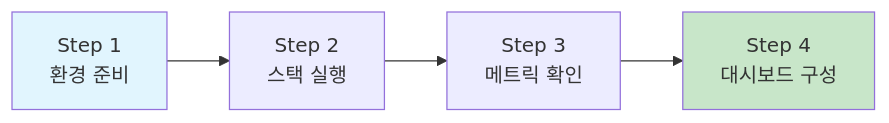
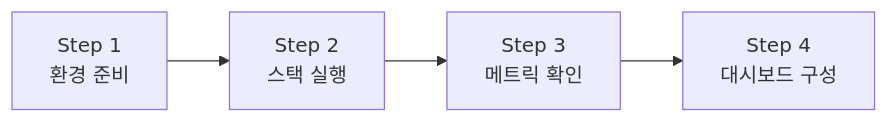
One commit to advanced-beginner/advanced-beginner.github.io changed the diagram in content/ko/docs/observability/quick-start/_index.md. Above: the diagram before and after it, drawn with Mermaid. The commit also changed 6 other files, not shown here.

First line of the commit message:
fix: Mermaid 색상 스타일(fill/stroke) 29개 제거

````diff
--- a/content/ko/docs/observability/quick-start/_index.md
+++ b/content/ko/docs/observability/quick-start/_index.md
@@ -27,9 +27,6 @@
 ```mermaid
 graph LR
     A["Step 1<br>환경 준비"] --> B["Step 2<br>스택 실행"]
     B --> C["Step 3<br>메트릭 확인"]
     C --> D["Step 4<br>대시보드 구성"]
-
-    style A fill:#e1f5fe
-    style D fill:#c8e6c9
 ```
````
